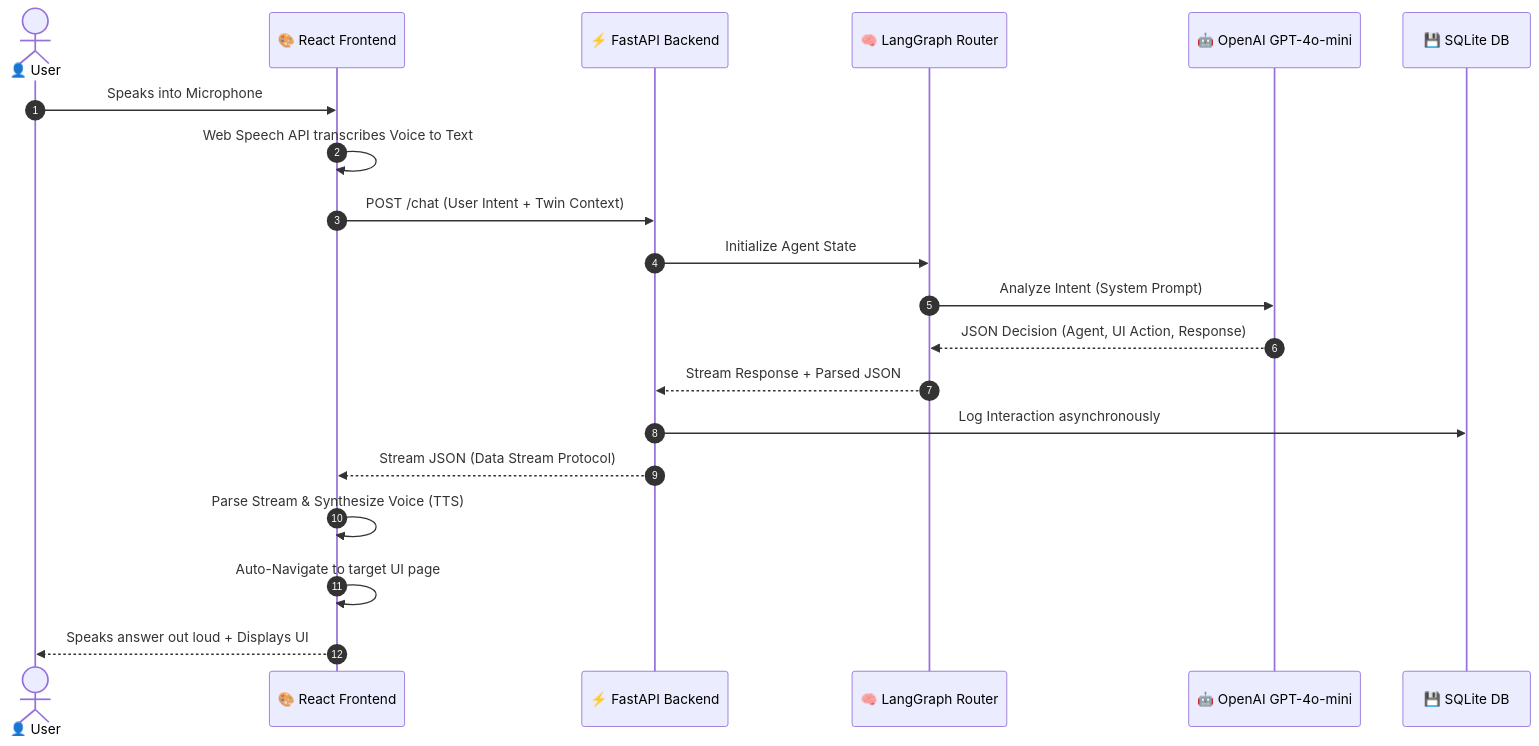
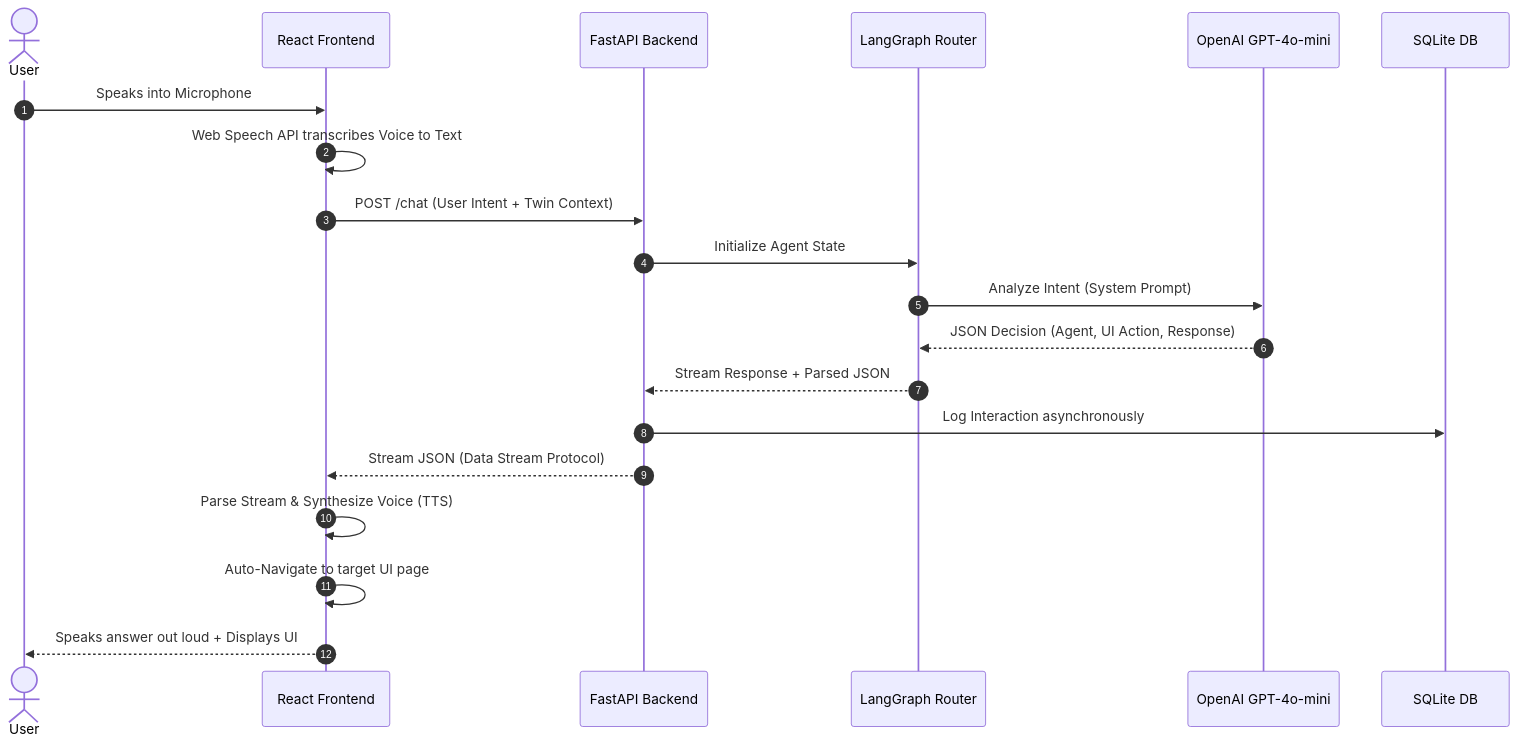
The second of 2 diagrams in README.md (Subhajyoti007/Omnichannel-Consumer-AI-Engine-for-Digital-Commerce), drawn with Mermaid before and after one commit. The commit also changed other lines of this file, not shown here.

````diff
--- a/README.md
+++ b/README.md
@@ -44,26 +44,26 @@
 ```mermaid
 sequenceDiagram
     autonumber
-    actor User as 👤 User
-    participant Frontend as 🎨 React Frontend
-    participant FastAPI as ⚡ FastAPI Backend
-    participant Graph as 🧠 LangGraph Router
-    participant LLM as 🤖 OpenAI GPT-4o-mini
-    participant DB as 💾 SQLite DB
+    actor User as  User
+    participant Frontend as  React Frontend
+    participant FastAPI as  FastAPI Backend
+    participant Graph as  LangGraph Router
+    participant LLM as  OpenAI GPT-4o-mini
+    participant DB as  SQLite DB
 
     User->>Frontend: Speaks into Microphone
     Frontend->>Frontend: Web Speech API transcribes Voice to Text
     Frontend->>FastAPI: POST /chat (User Intent + Twin Context)
     FastAPI->>Graph: Initialize Agent State
     
     Graph->>LLM: Analyze Intent (System Prompt)
     LLM-->>Graph: JSON Decision (Agent, UI Action, Response)
     
     Graph-->>FastAPI: Stream Response + Parsed JSON
     FastAPI->>DB: Log Interaction asynchronously
     FastAPI-->>Frontend: Stream JSON (Data Stream Protocol)
     
     Frontend->>Frontend: Parse Stream & Synthesize Voice (TTS)
     Frontend->>Frontend: Auto-Navigate to target UI page
     Frontend-->>User: Speaks answer out loud + Displays UI
 ```
````
